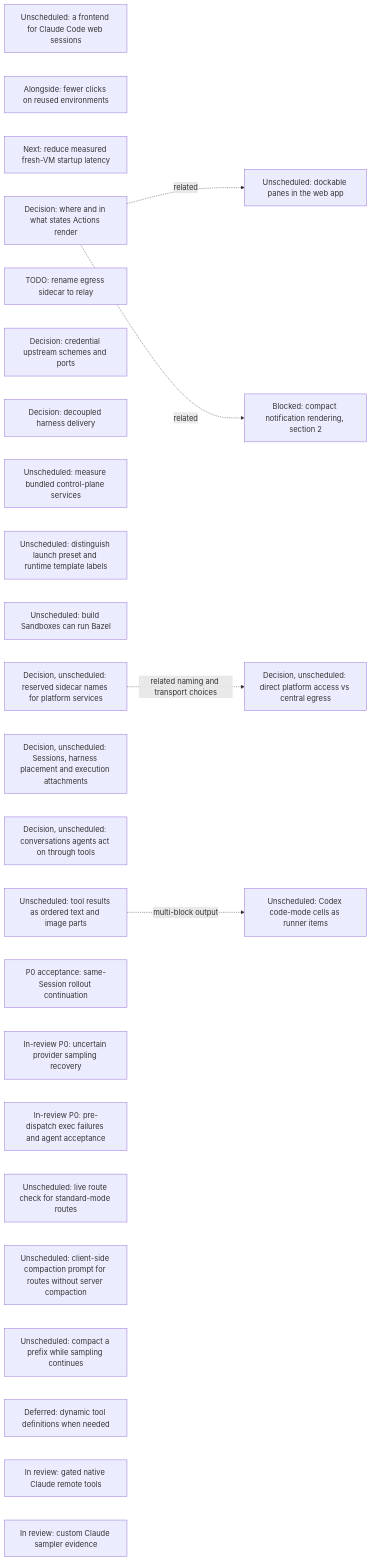
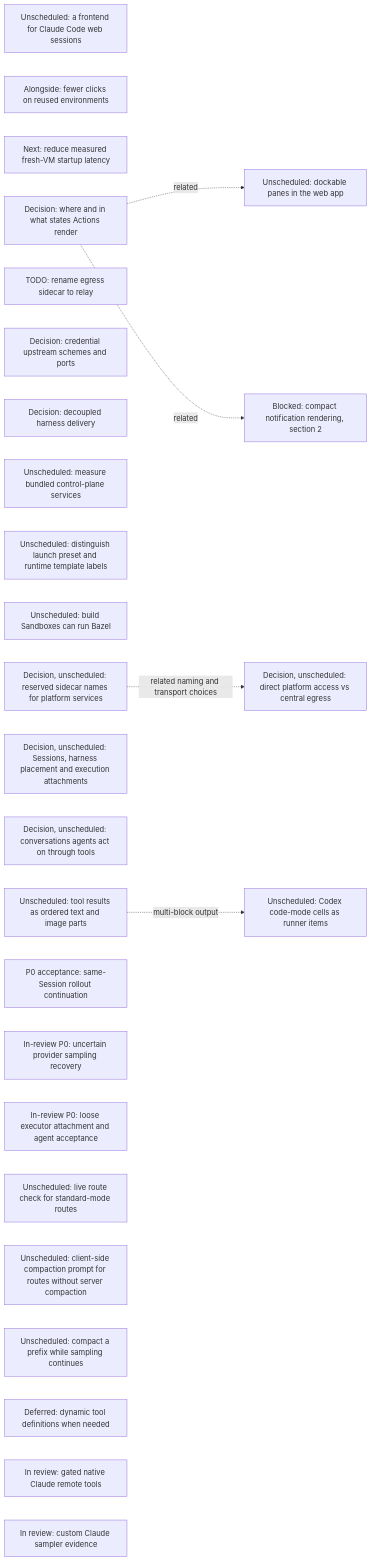
One commit to agentydragon/ducktape changed the sixth of 18 diagrams in agentplane/plans/task_dag.md. Above: the diagram before and after it, drawn with Mermaid. The commit also changed other lines of this file and 16 other files, not shown here.

Commit message:
Acquire executor connections lazily and scope failures to tools

````diff
--- a/agentplane/plans/task_dag.md
+++ b/agentplane/plans/task_dag.md
@@ -720,33 +720,33 @@
 ```mermaid
 flowchart LR
     CLAUDE_CODE_WEB_BRIDGE[Unscheduled: a frontend for Claude Code web sessions]
     SESSION_LAUNCH_FRICTION[Alongside: fewer clicks on reused environments]
     VM_STARTUP_LATENCY[Next: reduce measured fresh-VM startup latency]
     ACTION_SURFACES_DESIGN[Decision: where and in what states Actions render]
     EGRESS_RELAY_RENAME[TODO: rename egress sidecar to relay]
     EGRESS_CREDENTIAL_TRANSPORT_DESIGN[Decision: credential upstream schemes and ports]
     RUNNER_HARNESS_DELIVERY_DESIGN[Decision: decoupled harness delivery]
     K3S_BUNDLED_SERVICES_SPIKE[Unscheduled: measure bundled control-plane services]
     DOCKABLE_PANES[Unscheduled: dockable panes in the web app]
     ACTION_SURFACES_DESIGN -. related .-> DOCKABLE_PANES
     NOTIFICATION_PRESENTATION[Blocked: compact notification rendering, section 2]
     ACTION_SURFACES_DESIGN -. related .-> NOTIFICATION_PRESENTATION
     SANDBOX_FORM_TERMINOLOGY[Unscheduled: distinguish launch preset and runtime template labels]
     BUILD_BOX_BAZEL[Unscheduled: build Sandboxes can run Bazel]
     PLATFORM_SERVICE_NAMES_DESIGN[Decision, unscheduled: reserved sidecar names for platform services]
     PLATFORM_SERVICE_ROUTING_DESIGN[Decision, unscheduled: direct platform access vs central egress]
     PLATFORM_SERVICE_NAMES_DESIGN -. related naming and transport choices .-> PLATFORM_SERVICE_ROUTING_DESIGN
     SESSION_RUNTIME_MODEL_DESIGN[Decision, unscheduled: Sessions, harness placement and execution attachments]
     AGENT_AUTHORED_CONVERSATIONS_DESIGN[Decision, unscheduled: conversations agents act on through tools]
     STRUCTURED_TOOL_OUTPUT[Unscheduled: tool results as ordered text and image parts]
     STRUCTURED_TOOL_OUTPUT -. multi-block output .-> CODEX_CODE_MODE_CELLS[Unscheduled: Codex code-mode cells as runner items]
     CENTRAL_SAMPLER_REPLICA_ROLLOUT[P0 acceptance: same-Session rollout continuation]
     CENTRAL_SAMPLER_SAMPLING_RECOVERY[In-review P0: uncertain provider sampling recovery]
-    CENTRAL_SAMPLER_TOOL_RECOVERY[In-review P0: pre-dispatch exec failures and agent acceptance]
+    CENTRAL_SAMPLER_TOOL_RECOVERY[In-review P0: loose executor attachment and agent acceptance]
     CENTRAL_SAMPLER_MODEL_CAPABILITIES[Unscheduled: live route check for standard-mode routes]
     CENTRAL_SAMPLER_PROMPT_COMPACTION[Unscheduled: client-side compaction prompt for routes without server compaction]
     CENTRAL_SAMPLER_BACKGROUND_COMPACTION[Unscheduled: compact a prefix while sampling continues]
     CENTRAL_SAMPLER_DYNAMIC_TOOLS[Deferred: dynamic tool definitions when needed]
     CLAUDE_REMOTE_EXECUTION_SPIKE[In review: gated native Claude remote tools]
     CLAUDE_CUSTOM_SAMPLER[In review: custom Claude sampler evidence]
 ```
````
